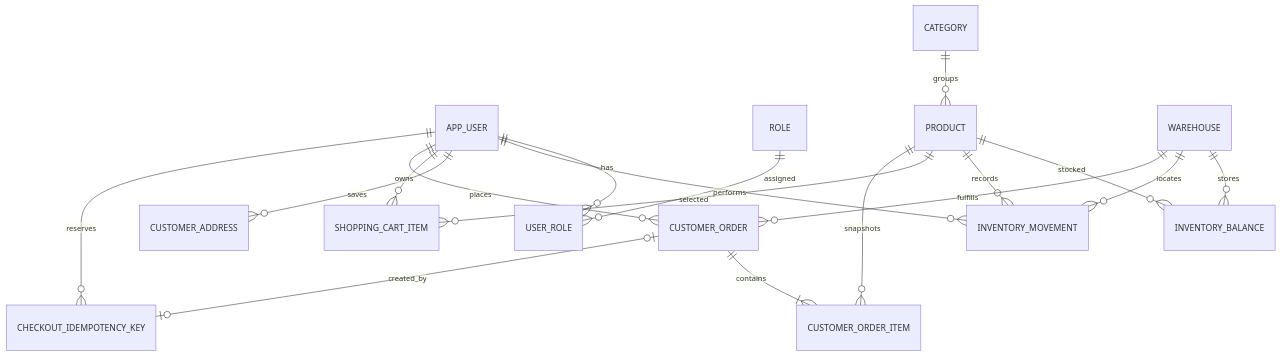
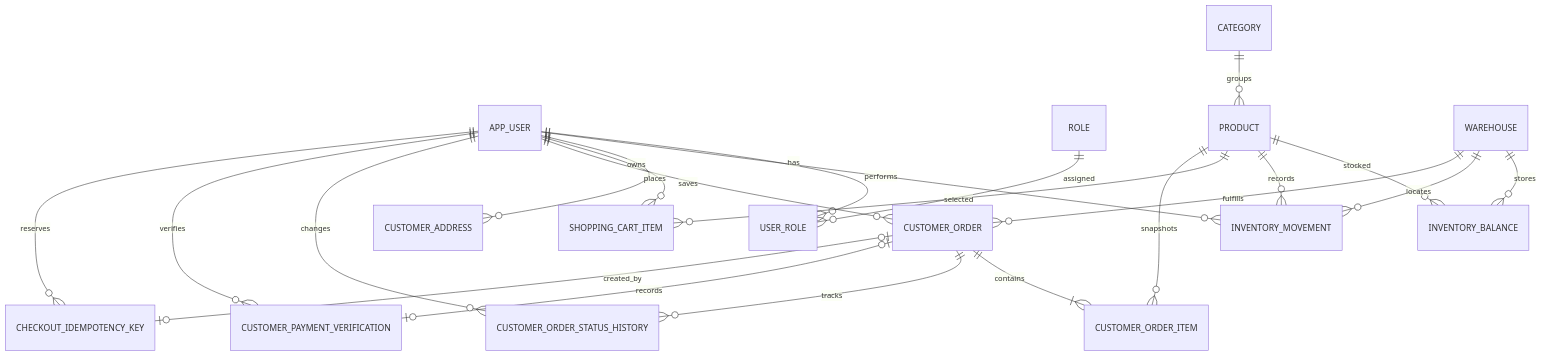
Before and after one commit to EARL146/IMS-System-Flow-and-Architecture-Report: the diagram in docs/obsidian/Inventory Management System/02 - Database/Entity Relationships.md, drawn with Mermaid. The commit also changed other lines of this file and 50 other files, not shown here.

Commit message:
feat: add staff order fulfillment and payment verification

````diff
--- a/docs/obsidian/Inventory Management System/02 - Database/Entity Relationships.md
+++ b/docs/obsidian/Inventory Management System/02 - Database/Entity Relationships.md
@@ -9,20 +9,24 @@
 ```mermaid
 erDiagram
   APP_USER ||--o{ USER_ROLE : has
   ROLE ||--o{ USER_ROLE : assigned
   CATEGORY ||--o{ PRODUCT : groups
   PRODUCT ||--o{ INVENTORY_BALANCE : stocked
   WAREHOUSE ||--o{ INVENTORY_BALANCE : stores
   PRODUCT ||--o{ INVENTORY_MOVEMENT : records
   WAREHOUSE ||--o{ INVENTORY_MOVEMENT : locates
   APP_USER ||--o{ INVENTORY_MOVEMENT : performs
   APP_USER ||--o{ CUSTOMER_ADDRESS : saves
   APP_USER ||--o{ SHOPPING_CART_ITEM : owns
   PRODUCT ||--o{ SHOPPING_CART_ITEM : selected
   APP_USER ||--o{ CUSTOMER_ORDER : places
   WAREHOUSE ||--o{ CUSTOMER_ORDER : fulfills
   CUSTOMER_ORDER ||--|{ CUSTOMER_ORDER_ITEM : contains
+  CUSTOMER_ORDER ||--o{ CUSTOMER_ORDER_STATUS_HISTORY : tracks
+  CUSTOMER_ORDER o|--o| CUSTOMER_PAYMENT_VERIFICATION : records
+  APP_USER ||--o{ CUSTOMER_ORDER_STATUS_HISTORY : changes
+  APP_USER ||--o{ CUSTOMER_PAYMENT_VERIFICATION : verifies
   PRODUCT ||--o{ CUSTOMER_ORDER_ITEM : snapshots
   APP_USER ||--o{ CHECKOUT_IDEMPOTENCY_KEY : reserves
   CUSTOMER_ORDER o|--o| CHECKOUT_IDEMPOTENCY_KEY : created_by
 ```
````
